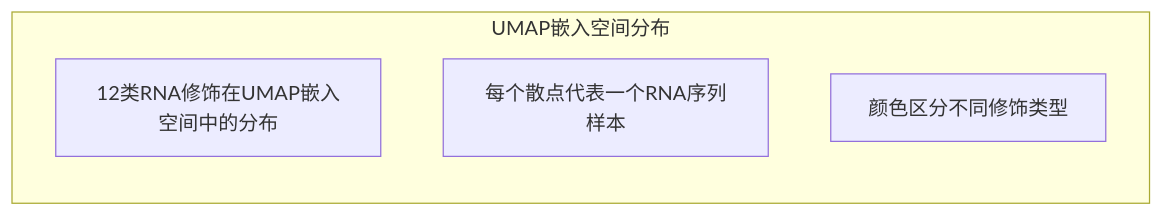
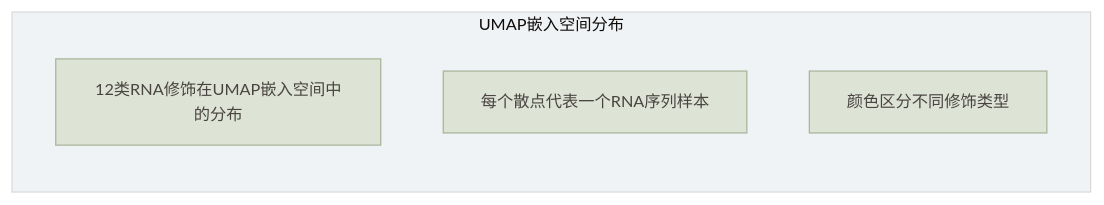
Before and after one commit to fdiskdc/RGCNFormer_WebAndWx_backend: diagram 15 of 19 in md/RMA序列修饰检测可视化系统架构说明文档.md, drawn with Mermaid. The commit also changed other lines of this file, not shown here.

````diff
--- a/md/RMA序列修饰检测可视化系统架构说明文档.md
+++ b/md/RMA序列修饰检测可视化系统架构说明文档.md
@@ -1413,9 +1303,12 @@
 ```mermaid
+%%{init: {'theme': 'base', 'themeVariables': {'primaryColor': '#EDE7E0', 'primaryTextColor': '#4A4440', 'primaryBorderColor': '#C4BAA8', 'lineColor': '#B0A898', 'secondaryColor': '#E2DCD4', 'background': '#F8F5F0', 'fontSize': '13px'}}}%%
 graph TD
+    classDef note fill:#DDE4D6,stroke:#A8B49A,stroke-width:1px,color:#4A4440
+
     subgraph UMAP["UMAP嵌入空间分布"]
         direction TB
-        Note1["12类RNA修饰在UMAP嵌入空间中的分布"]
-        Note2["每个散点代表一个RNA序列样本"]
-        Note3["颜色区分不同修饰类型"]
+        Note1["12类RNA修饰在UMAP嵌入空间中的分布"]:::note
+        Note2["每个散点代表一个RNA序列样本"]:::note
+        Note3["颜色区分不同修饰类型"]:::note
     end
 ```
````
